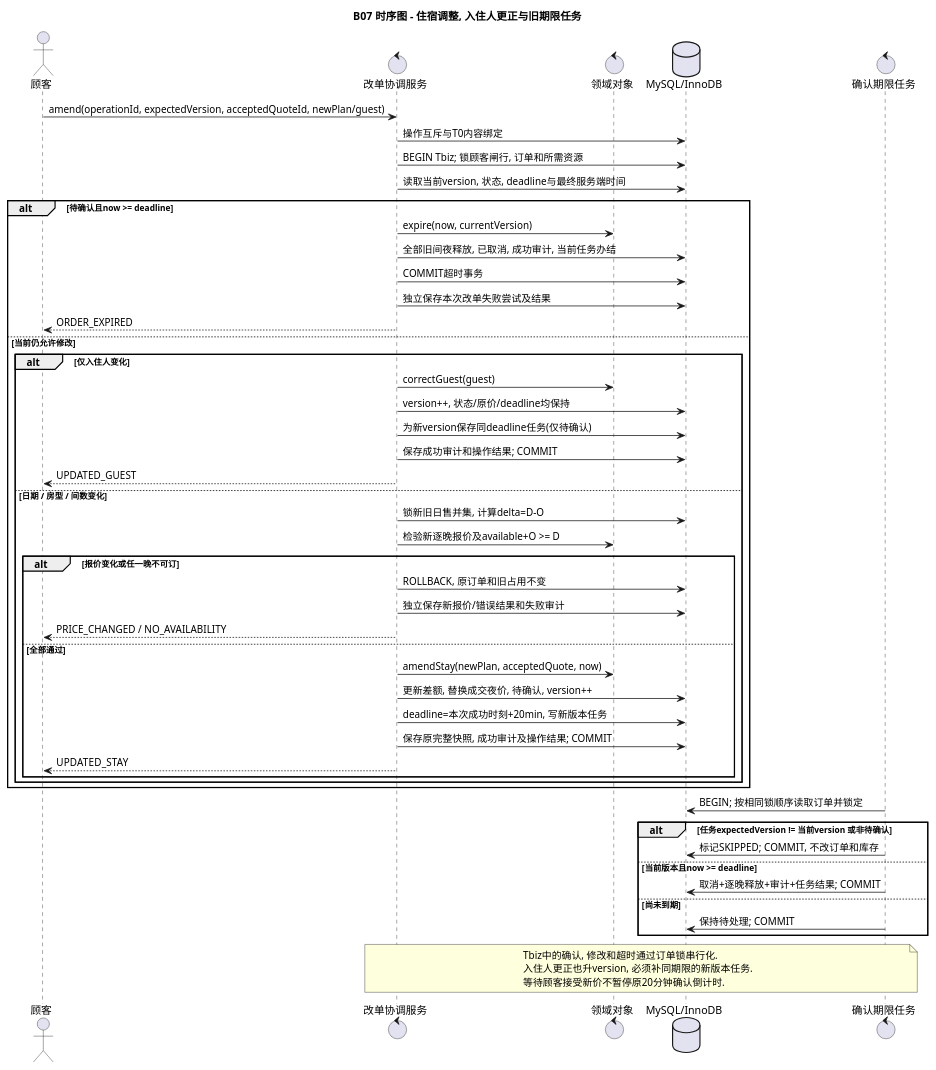
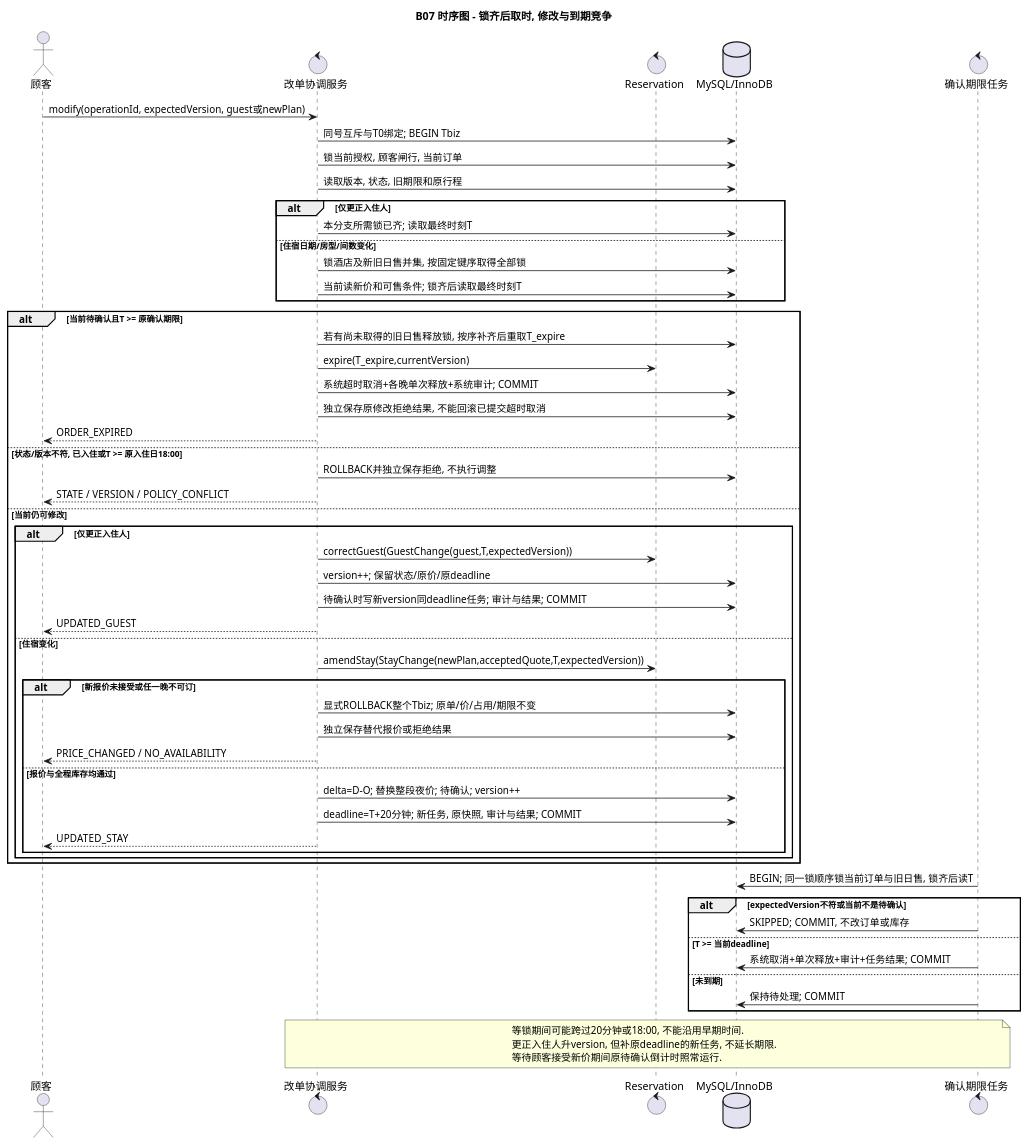
Before and after one commit to Blue-Night-gy/se-lab3: the diagram in lab2/UML/B07-amendment-sequence.puml, drawn with PlantUML. The commit also changed 59 other files, not shown here.

```diff
--- a/lab2/UML/B07-amendment-sequence.puml
+++ b/lab2/UML/B07-amendment-sequence.puml
@@ -1,55 +1,61 @@
 @startuml
 skinparam defaultFontName Noto Sans SC
-title B07 时序图 - 住宿调整, 入住人更正与旧期限任务
+skinparam shadowing false
+title B07 时序图 - 锁齐后取时, 修改与到期竞争
 actor "顾客" as C
 control "改单协调服务" as S
-control "领域对象" as D
+control "Reservation" as R
 database "MySQL/InnoDB" as DB
 control "确认期限任务" as W
-C -> S : amend(operationId, expectedVersion, acceptedQuoteId, newPlan/guest)
-S -> DB : 操作互斥与T0内容绑定
-S -> DB : BEGIN Tbiz; 锁顾客闸行, 订单和所需资源
-S -> DB : 读取当前version, 状态, deadline与最终服务端时间
-alt 待确认且now >= deadline
-  S -> D : expire(now, currentVersion)
-  S -> DB : 全部旧间夜释放, 已取消, 成功审计, 当前任务办结
-  S -> DB : COMMIT超时事务
-  S -> DB : 独立保存本次改单失败尝试及结果
+C -> S : modify(operationId, expectedVersion, guest或newPlan)
+S -> DB : 同号互斥与T0绑定; BEGIN Tbiz
+S -> DB : 锁当前授权, 顾客闸行, 当前订单
+S -> DB : 读取版本, 状态, 旧期限和原行程
+alt 仅更正入住人
+  S -> DB : 本分支所需锁已齐; 读取最终时刻T
+else 住宿日期/房型/间数变化
+  S -> DB : 锁酒店及新旧日售并集, 按固定键序取得全部锁
+  S -> DB : 当前读新价和可售条件; 锁齐后读取最终时刻T
+end
+alt 当前待确认且T >= 原确认期限
+  S -> DB : 若有尚未取得的旧日售释放锁, 按序补齐后重取T_expire
+  S -> R : expire(T_expire,currentVersion)
+  S -> DB : 系统超时取消+各晚单次释放+系统审计; COMMIT
+  S -> DB : 独立保存原修改拒绝结果, 不能回滚已提交超时取消
   S --> C : ORDER_EXPIRED
-else 当前仍允许修改
-  alt 仅入住人变化
-    S -> D : correctGuest(guest)
-    S -> DB : version++, 状态/原价/deadline均保持
-    S -> DB : 为新version保存同deadline任务(仅待确认)
-    S -> DB : 保存成功审计和操作结果; COMMIT
+else 状态/版本不符, 已入住或T >= 原入住日18:00
+  S -> DB : ROLLBACK并独立保存拒绝, 不执行调整
+  S --> C : STATE / VERSION / POLICY_CONFLICT
+else 当前仍可修改
+  alt 仅更正入住人
+    S -> R : correctGuest(GuestChange(guest,T,expectedVersion))
+    S -> DB : version++; 保留状态/原价/原deadline
+    S -> DB : 待确认时写新version同deadline任务; 审计与结果; COMMIT
     S --> C : UPDATED_GUEST
-  else 日期 / 房型 / 间数变化
-    S -> DB : 锁新旧日售并集, 计算delta=D-O
-    S -> D : 检验新逐晚报价及available+O >= D
-    alt 报价变化或任一晚不可订
-      S -> DB : ROLLBACK, 原订单和旧占用不变
-      S -> DB : 独立保存新报价/错误结果和失败审计
+  else 住宿变化
+    S -> R : amendStay(StayChange(newPlan,acceptedQuote,T,expectedVersion))
+    alt 新报价未接受或任一晚不可订
+      S -> DB : 显式ROLLBACK整个Tbiz; 原单/价/占用/期限不变
+      S -> DB : 独立保存替代报价或拒绝结果
       S --> C : PRICE_CHANGED / NO_AVAILABILITY
-    else 全部通过
-      S -> D : amendStay(newPlan, acceptedQuote, now)
-      S -> DB : 更新差额, 替换成交夜价, 待确认, version++
-      S -> DB : deadline=本次成功时刻+20min, 写新版本任务
-      S -> DB : 保存原完整快照, 成功审计及操作结果; COMMIT
+    else 报价与全程库存均通过
+      S -> DB : delta=D-O; 替换整段夜价; 待确认; version++
+      S -> DB : deadline=T+20分钟; 新任务, 原快照, 审计与结果; COMMIT
       S --> C : UPDATED_STAY
     end
   end
 end
-W -> DB : BEGIN; 按相同锁顺序读取订单并锁定
-alt 任务expectedVersion != 当前version 或非待确认
-  W -> DB : 标记SKIPPED; COMMIT, 不改订单和库存
-else 当前版本且now >= deadline
-  W -> DB : 取消+逐晚释放+审计+任务结果; COMMIT
-else 尚未到期
+W -> DB : BEGIN; 同一锁顺序锁当前订单与旧日售, 锁齐后读T
+alt expectedVersion不符或当前不是待确认
+  W -> DB : SKIPPED; COMMIT, 不改订单或库存
+else T >= 当前deadline
+  W -> DB : 系统取消+单次释放+审计+任务结果; COMMIT
+else 未到期
   W -> DB : 保持待处理; COMMIT
 end
 note over S,W
-Tbiz中的确认, 修改和超时通过订单锁串行化.
-入住人更正也升version, 必须补同期限的新版本任务.
-等待顾客接受新价不暂停原20分钟确认倒计时.
+等锁期间可能跨过20分钟或18:00, 不能沿用早期时间.
+更正入住人升version, 但补原deadline的新任务, 不延长期限.
+等待顾客接受新价期间原待确认倒计时照常运行.
 end note
 @enduml
```
